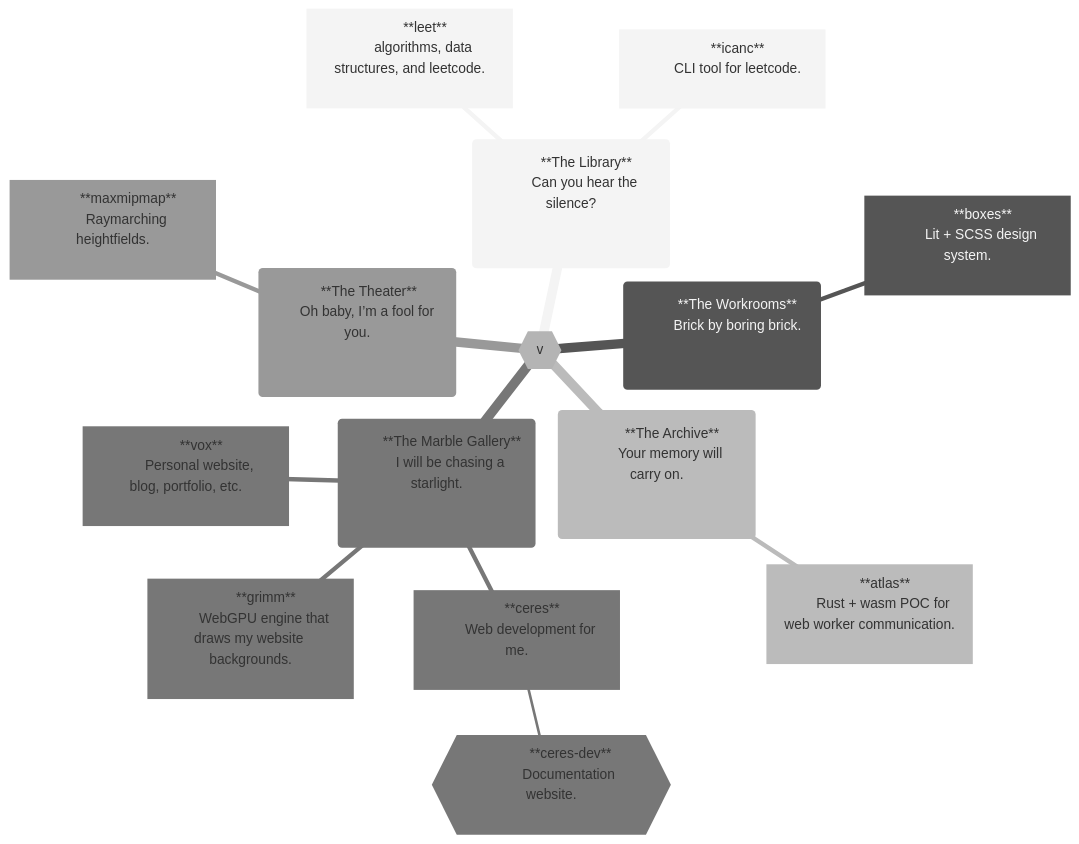
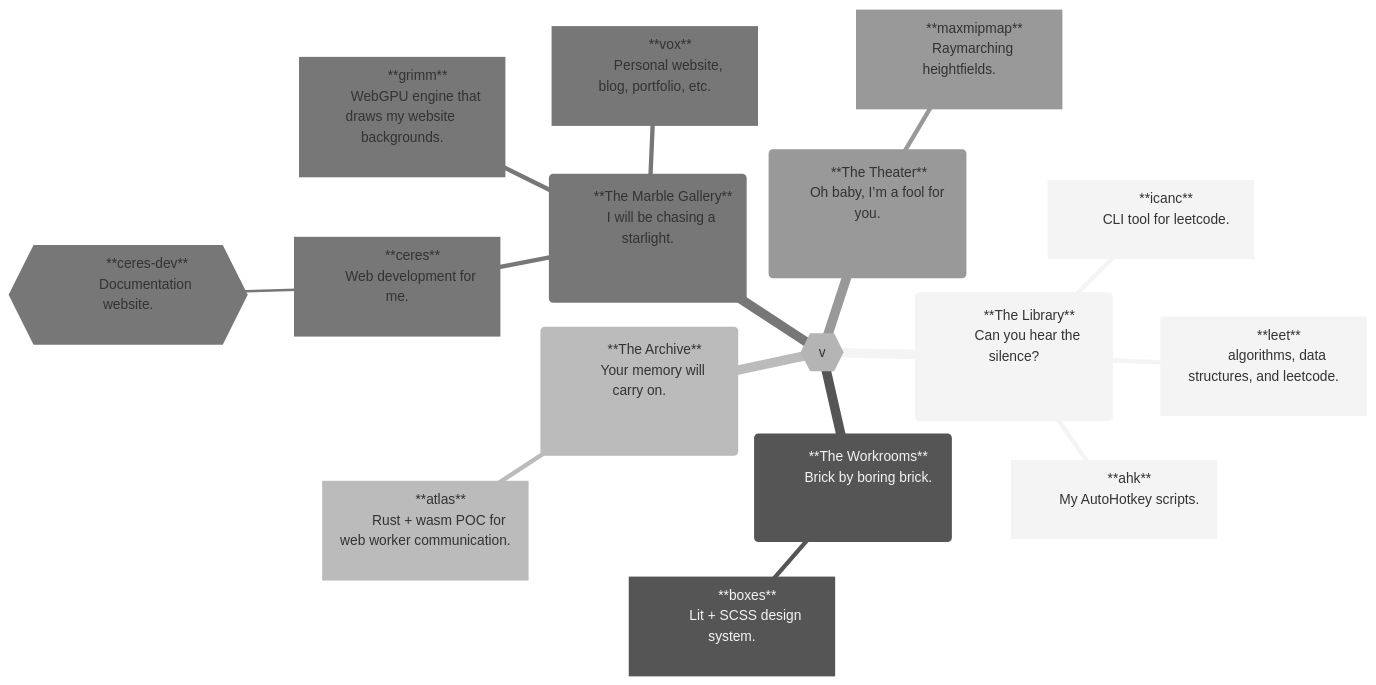
Before and after one commit to voxelstack/voxelstack: the diagram in README.md, drawn with Mermaid (neutral theme).

````diff
--- a/README.md
+++ b/README.md
@@ -4,66 +4,70 @@
 ```mermaid
 mindmap
   root{{v}}
     (
         **The Library**
         Can you hear the silence?
         <!-- Can you see the dark? -->
     )
       [
         **leet**
         algorithms, data structures, and leetcode.
       ]
       [
         **icanc**
         CLI tool for leetcode.
+      ]
+      [
+        **ahk**
+        My AutoHotkey scripts.
       ]
     (
         <!-- The word "workshop" was taken from us. -->
         **The Workrooms**
         Brick by boring brick.
         <!-- Or the wolf's gonna blow it down. -->
     )
       [
         **boxes**
         Lit + SCSS design system.
       ]
     (
         **The Archive**
         Your memory will carry on.
         <!-- We'll carry on. -->
     )
       [
         **atlas**
         Rust + wasm POC for web worker communication.
       ]
     (
         **The Marble Gallery**
         I will be chasing a starlight.
         <!-- Until the end of my life. -->
     )
       [
         **ceres**
         Web development for me.
       ]
         {{
           **ceres-dev**
           Documentation website.
         }}
       [
         **grimm**
         WebGPU engine that draws my website backgrounds.
       ]
       [
         **vox**
         Personal website, blog, portfolio, etc.
       ]
     (
       **The Theater**
       Oh baby, I’m a fool for you.
       <!-- You're the queen of the superficial. -->
     )
       [
         **maxmipmap**
         Raymarching heightfields.
       ]
 ```
````
